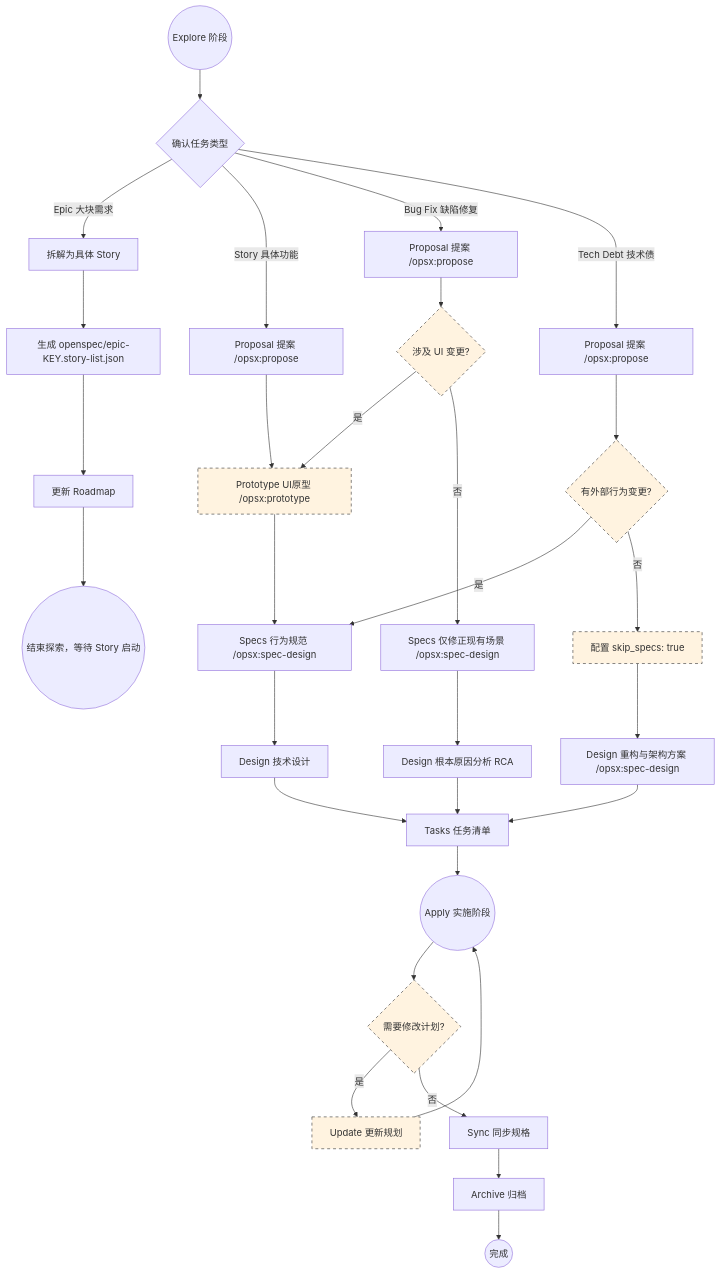
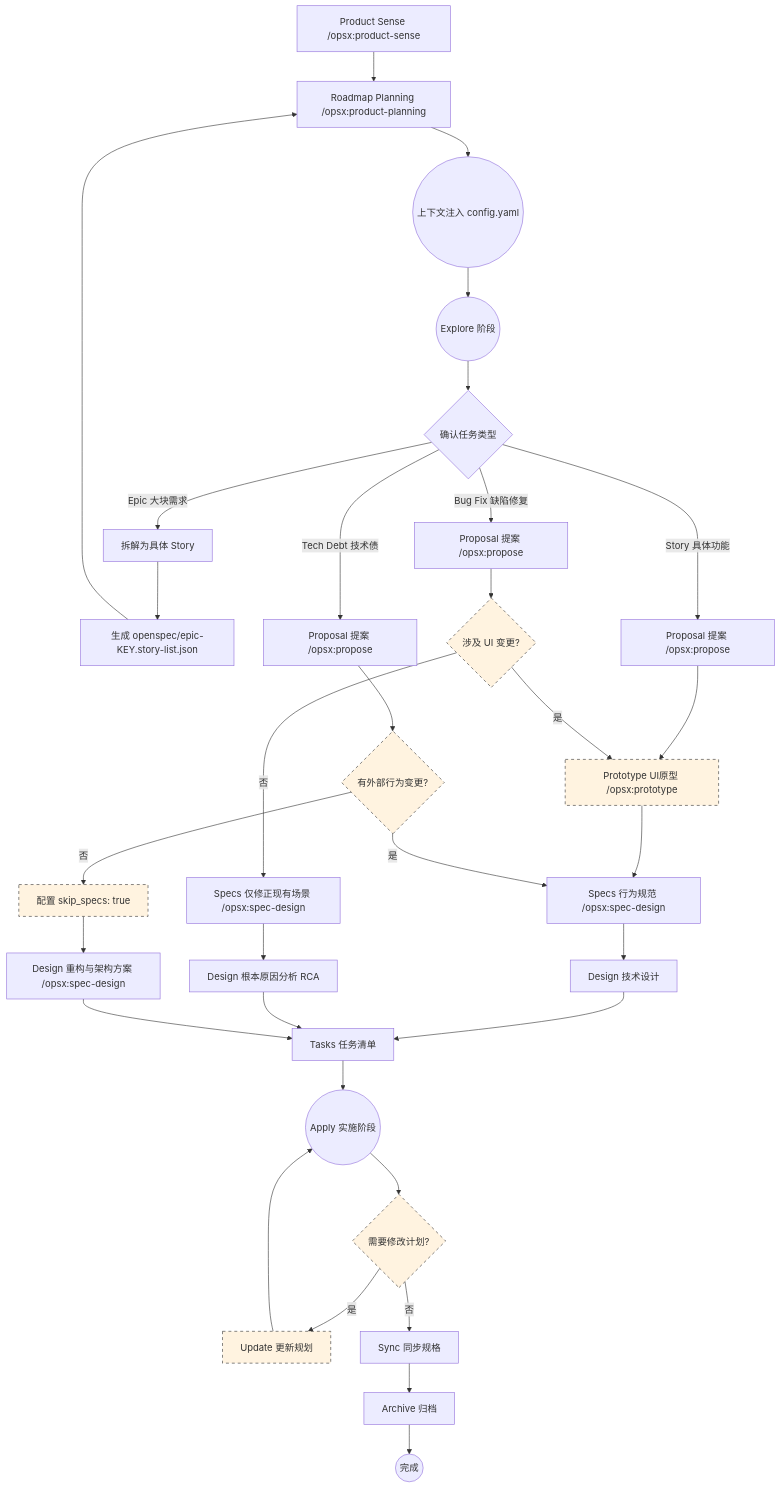
The diagram in docs/sops/sdd-workflow.md (jkang/openspec-example), drawn with Mermaid before and after one commit. The commit also changed other lines of this file and 19 other files, not shown here.

Commit message:
add  product planning

````diff
--- a/docs/sops/sdd-workflow.md
+++ b/docs/sops/sdd-workflow.md
@@ -12,47 +23,52 @@
 ```mermaid
 graph TD
-    Start((Explore 阶段)) --> Type{确认任务类型}
+    %% 规划层 (Planning Layer)
+    Sense[Product Sense /opsx:product-sense] --> Plan[Roadmap Planning /opsx:product-planning]
+    Plan --> Context((上下文注入 config.yaml))
+
+    %% 交付层 (Delivery Layer)
+    Context --> Start((Explore 阶段))
+    Start --> Type{确认任务类型}
 
     %% Epic 分支
     Type -->|Epic 大块需求| Epic_Split[拆解为具体 Story]
     Epic_Split --> Epic_Backlog[生成 openspec/epic-KEY.story-list.json]
-    Epic_Backlog --> Epic_Roadmap[更新 Roadmap]
-    Epic_Roadmap --> End_Epic((结束探索，等待 Story 启动))
-
+    Epic_Backlog --> Plan
+    
     %% Story 分支
     Type -->|Story 具体功能| F_Prop[Proposal 提案 /opsx:propose]
     F_Prop --> F_Proto[Prototype UI原型 /opsx:prototype]
     F_Proto --> F_Spec[Specs 行为规范 /opsx:spec-design]
     F_Spec --> F_Des[Design 技术设计]
     F_Des --> Tasks[Tasks 任务清单]
 
     %% Bug Fix 分支
     Type -->|Bug Fix 缺陷修复| B_Prop[Proposal 提案 /opsx:propose]
     B_Prop --> B_UI{涉及 UI 变更?}
     B_UI -->|是| F_Proto
     B_UI -->|否| B_Spec[Specs 仅修正现有场景 /opsx:spec-design]
     B_Spec --> B_Des[Design 根本原因分析 RCA]
     B_Des --> Tasks
 
     %% Tech Debt 分支
     Type -->|Tech Debt 技术债| T_Prop[Proposal 提案 /opsx:propose]
     T_Prop --> T_Spec{有外部行为变更?}
     T_Spec -->|是| F_Spec
     T_Spec -->|否| T_Skip[配置 skip_specs: true]
     T_Skip --> T_Des[Design 重构与架构方案 /opsx:spec-design]
     T_Des --> Tasks
 
     Tasks --> Apply((Apply 实施阶段))
     
     Apply --> Update_Opt{需要修改计划?}
     Update_Opt -->|是| Update[Update 更新规划]
     Update --> Apply
     Update_Opt -->|否| Sync[Sync 同步规格]
     
     Sync --> Archive[Archive 归档]
     Archive --> Done((完成))
     
     classDef mandatory fill:#e1f5fe,stroke:#333,stroke-width:2px;
     classDef optional fill:#fff3e0,stroke:#333,stroke-width:1px,stroke-dasharray: 5 5;
     class F_Proto,B_UI,T_Spec,T_Skip,Update_Opt,Update optional;
 ```
````
